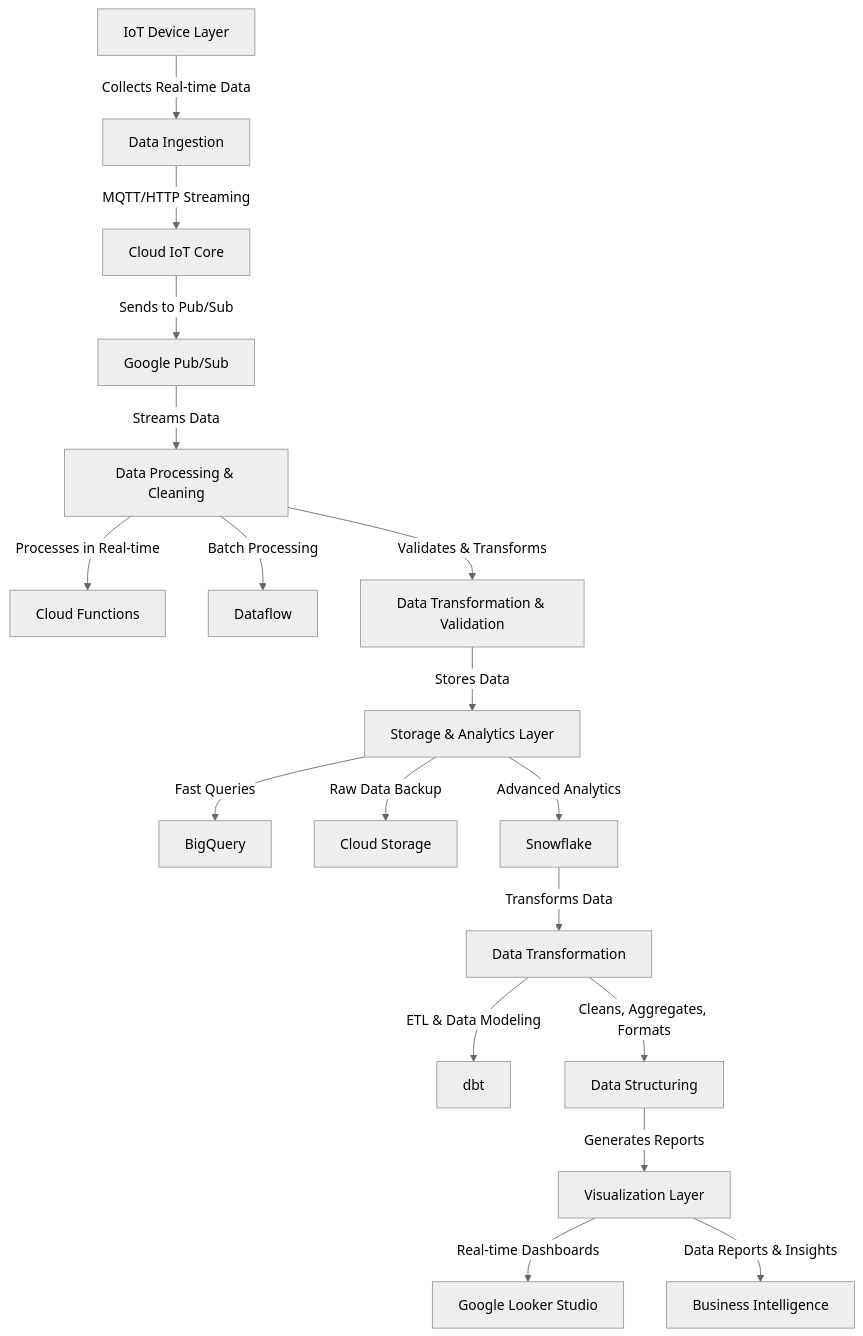
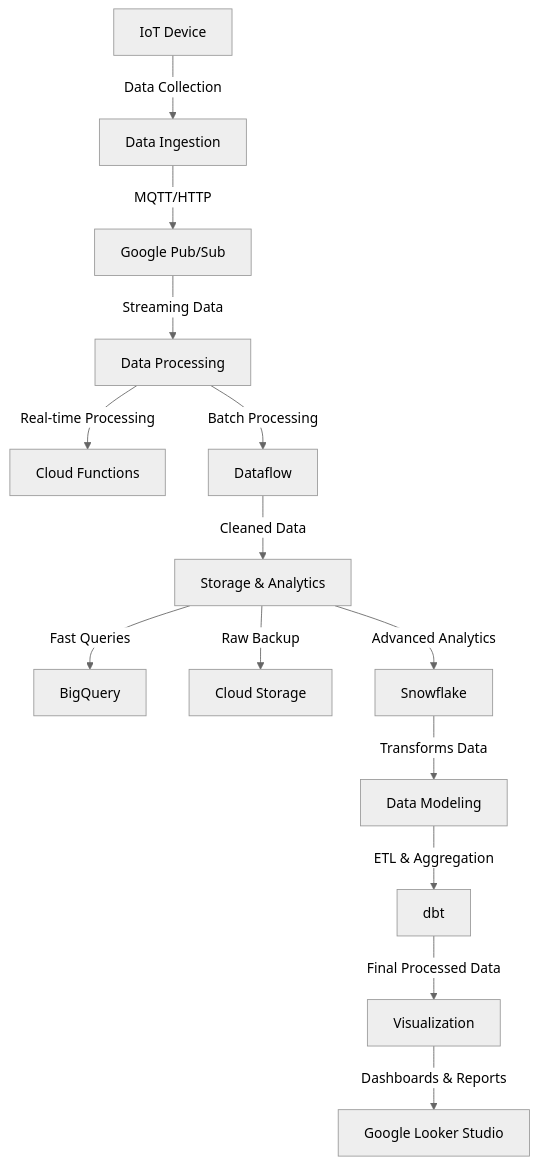
The diagram in README.md (Nikhilsuresh11/Qr-code-generator), drawn with Mermaid (neutral theme) before and after one commit.

````diff
--- a/README.md
+++ b/README.md
@@ -1,25 +1,21 @@
 ```mermaid
 graph TD;
-    A[IoT Device Layer] -->|Collects Real-time Data| B[Data Ingestion];
-    B -->|MQTT/HTTP Streaming| C[Cloud IoT Core];
-    C -->|Sends to Pub/Sub| D[Google Pub/Sub];
+    A[IoT Device] -->|Data Collection| B[Data Ingestion];
+    B -->|MQTT/HTTP| C[Google Pub/Sub];
+    C -->|Streaming Data| D[Data Processing];
+    D -->|Real-time Processing| E[Cloud Functions];
+    D -->|Batch Processing| F[Dataflow];
 
-    D -->|Streams Data| E[Data Processing & Cleaning];
-    E -->|Processes in Real-time| F[Cloud Functions];
-    E -->|Batch Processing| G[Dataflow];
-    E -->|Validates & Transforms| H[Data Transformation & Validation];
+    F -->|Cleaned Data| G[Storage & Analytics];
+    G -->|Fast Queries| H[BigQuery];
+    G -->|Raw Backup| I[Cloud Storage];
+    G -->|Advanced Analytics| J[Snowflake];
 
-    H -->|Stores Data| I[Storage & Analytics Layer];
-    I -->|Fast Queries| J[BigQuery];
-    I -->|Raw Data Backup| K[Cloud Storage];
-    I -->|Advanced Analytics| L[Snowflake];
+    J -->|Transforms Data| K[Data Modeling];
+    K -->|ETL & Aggregation| L[dbt];
 
-    L -->|Transforms Data| M[Data Transformation];
-    M -->|ETL & Data Modeling| N[dbt];
-    M -->|Cleans, Aggregates, Formats| O[Data Structuring];
+    L -->|Final Processed Data| M[Visualization];
+    M -->|Dashboards & Reports| N[Google Looker Studio];
 
-    O -->|Generates Reports| P[Visualization Layer];
-    P -->|Real-time Dashboards| Q[Google Looker Studio];
-    P -->|Data Reports & Insights| R[Business Intelligence];
 
 ```
````
